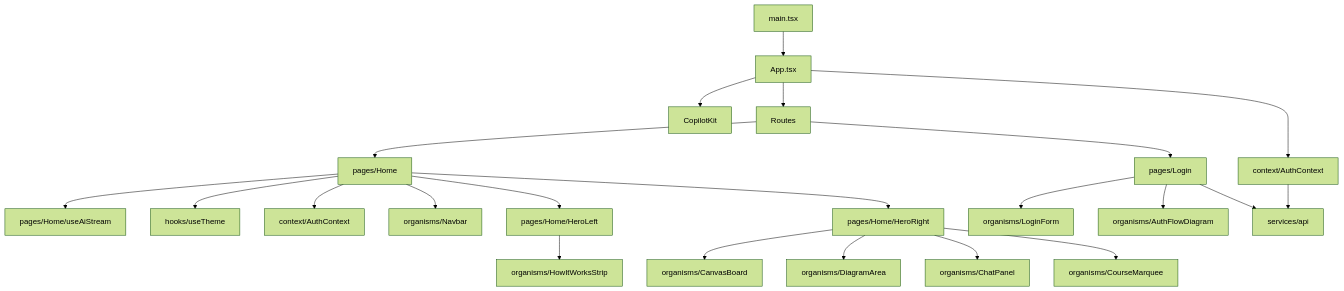
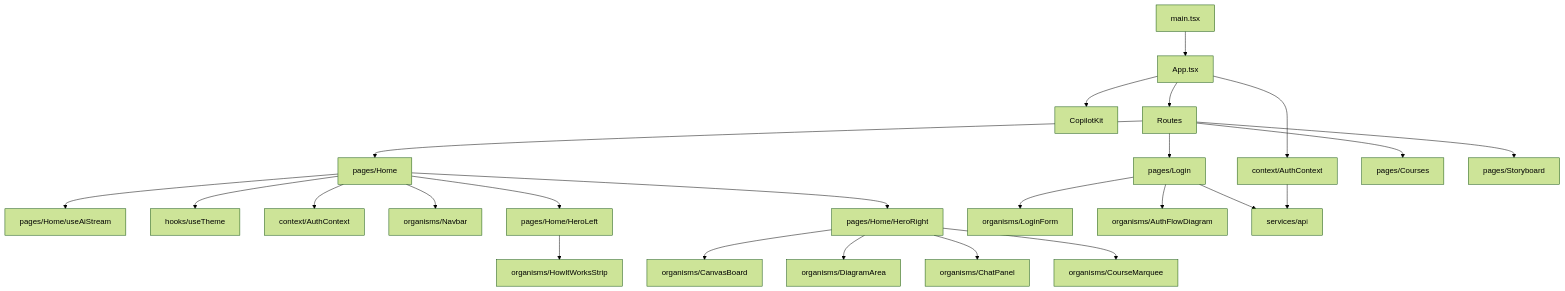
The diagram in hannibal-vault/frontend/00 - Frontend Overview.md (dhruva-nu/Project-hannibal), drawn with Mermaid (forest theme) before and after one commit. The commit also changed other lines of this file and 21 other files, not shown here.

````diff
--- a/hannibal-vault/frontend/00 - Frontend Overview.md
+++ b/hannibal-vault/frontend/00 - Frontend Overview.md
@@ -15,29 +15,31 @@
 ```mermaid
 flowchart TD
     main[main.tsx] --> App[App.tsx]
     App --> AuthProvider[context/AuthContext]
     App --> CopilotKit
     App --> Routes
     Routes --> Login[pages/Login]
     Routes --> Home[pages/Home]
+    Routes --> Courses[pages/Courses]
+    Routes --> Storyboard[pages/Storyboard]
 
     Home --> useAiStream[pages/Home/useAiStream]
     Home --> useTheme[hooks/useTheme]
     Home --> useAuth[context/AuthContext]
     Home --> Navbar[organisms/Navbar]
     Home --> HeroLeft[pages/Home/HeroLeft]
     Home --> HeroRight[pages/Home/HeroRight]
 
     Login --> LoginForm[organisms/LoginForm]
     Login --> AuthFlowDiagram[organisms/AuthFlowDiagram]
     Login --> api[services/api]
 
     AuthProvider --> api
 
     HeroRight --> CanvasBoard[organisms/CanvasBoard]
     HeroRight --> DiagramArea[organisms/DiagramArea]
     HeroRight --> ChatPanel[organisms/ChatPanel]
     HeroRight --> CourseMarquee[organisms/CourseMarquee]
 
     HeroLeft --> HowItWorksStrip[organisms/HowItWorksStrip]
 ```
````
